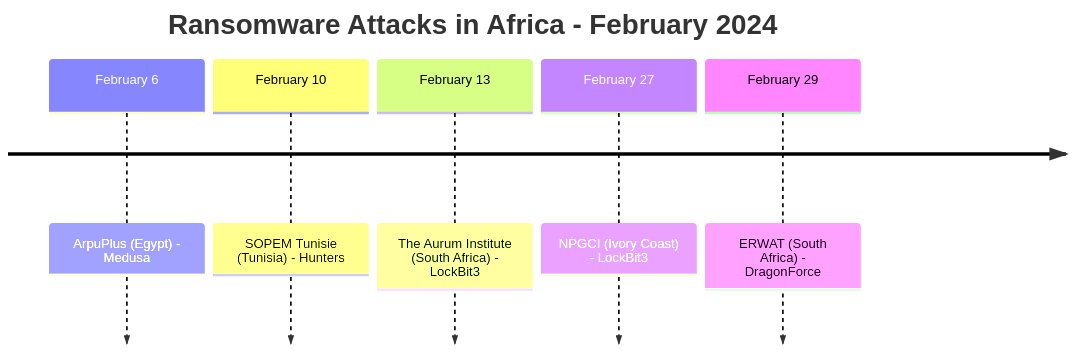
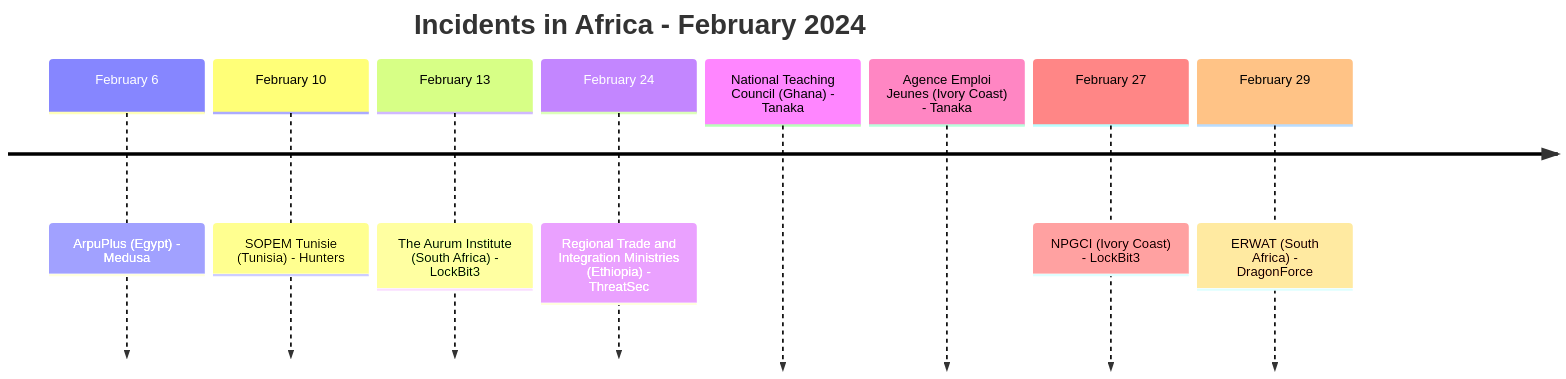
One commit to Hatchepsoute/AFRINTEL changed the first of 5 diagrams in CyberAttackAfrica/2024/02-february/README.md. Above: the diagram before and after it, drawn with Mermaid. The commit also changed other lines of this file and 255 other files, not shown here.

````diff
--- a/CyberAttackAfrica/2024/02-february/README.md
+++ b/CyberAttackAfrica/2024/02-february/README.md
@@ -36,9 +39,12 @@
 ```mermaid
 timeline
-    title Ransomware Attacks in Africa - February 2024
+    title Incidents in Africa - February 2024
     February 6 : ArpuPlus (Egypt) - Medusa
     February 10 : SOPEM Tunisie (Tunisia) - Hunters
     February 13 : The Aurum Institute (South Africa) - LockBit3
+    February 24 : Regional Trade and Integration Ministries (Ethiopia) - ThreatSec
+               National Teaching Council (Ghana) - Tanaka
+               Agence Emploi Jeunes (Ivory Coast) - Tanaka
     February 27 : NPGCI (Ivory Coast) - LockBit3
     February 29 : ERWAT (South Africa) - DragonForce
 ```
````
